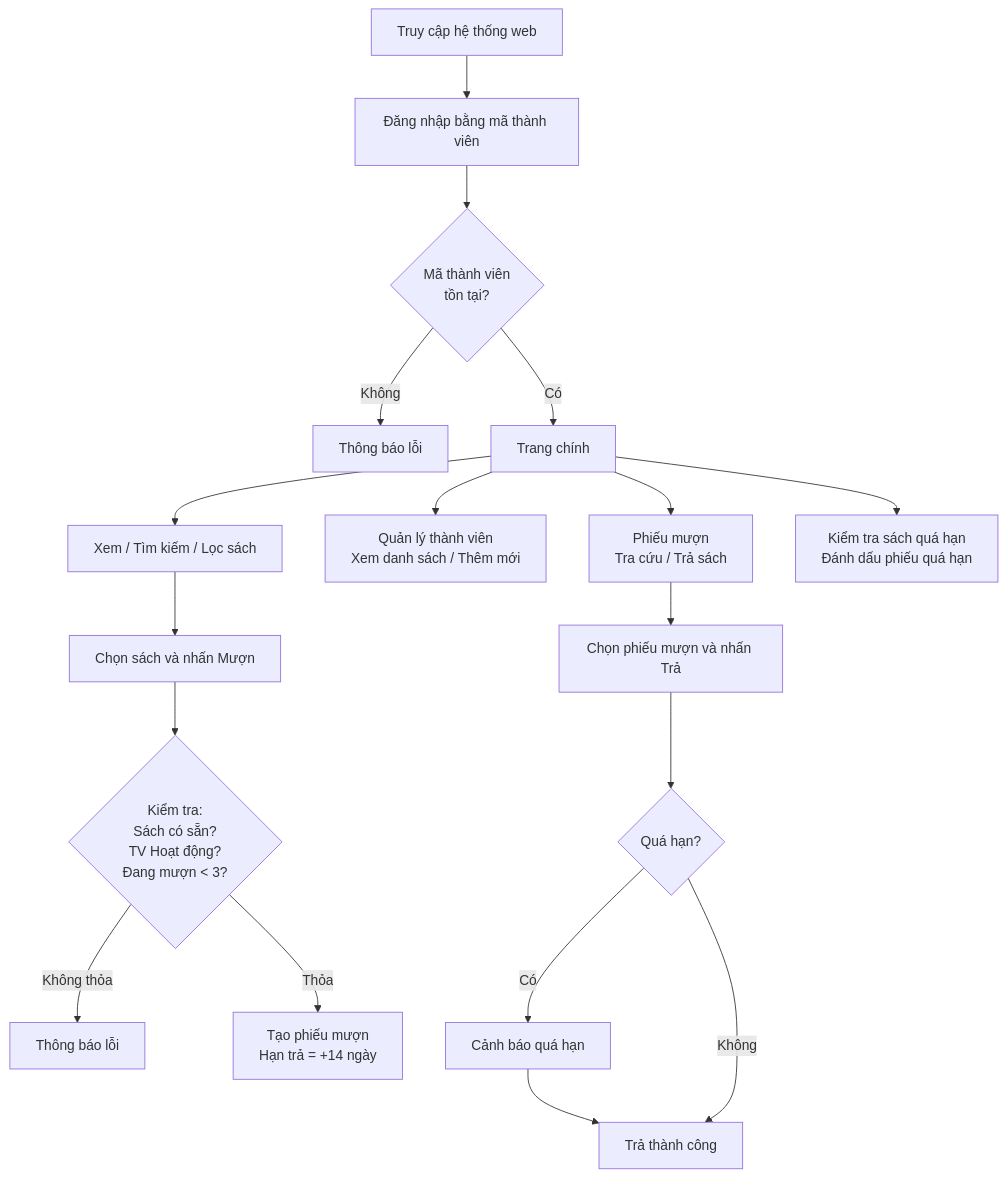
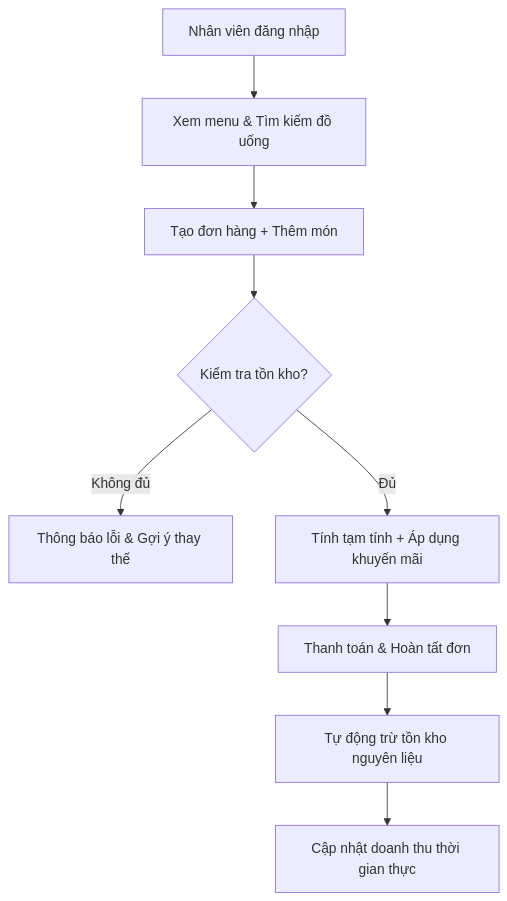
The third of 3 diagrams in docs/BRD-yeu-cau-nghiep-vu.md (NamHoang2003/stqa-library-manual-Hnam), drawn with Mermaid before and after one commit. The commit also changed other lines of this file, not shown here.

````diff
--- a/docs/BRD-yeu-cau-nghiep-vu.md
+++ b/docs/BRD-yeu-cau-nghiep-vu.md
@@ -103,23 +103,11 @@
 ```mermaid
 flowchart TD
-    A["Truy cập hệ thống web"] --> B["Đăng nhập bằng mã thành viên"]
-    B --> C{"Mã thành viên\ntồn tại?"}
-    C -->|Không| D["Thông báo lỗi"]
-    C -->|Có| E["Trang chính"]
-
-    E --> F["Xem / Tìm kiếm / Lọc sách"]
-    E --> P["Quản lý thành viên\nXem danh sách / Thêm mới"]
-    E --> Q["Phiếu mượn\nTra cứu / Trả sách"]
-    E --> R["Kiểm tra sách quá hạn\nĐánh dấu phiếu quá hạn"]
-
-    F --> G["Chọn sách và nhấn Mượn"]
-    G --> H{"Kiểm tra:\nSách có sẵn?\nTV Hoạt động?\nĐang mượn < 3?"}
-    H -->|Không thỏa| I["Thông báo lỗi"]
-    H -->|Thỏa| J["Tạo phiếu mượn\nHạn trả = +14 ngày"]
-
-    Q --> K["Chọn phiếu mượn và nhấn Trả"]
-    K --> L{"Quá hạn?"}
-    L -->|Có| M["Cảnh báo quá hạn"]
-    M --> N["Trả thành công"]
-    L -->|Không| N
+    A["Nhân viên đăng nhập"] --> B["Xem menu & Tìm kiếm đồ uống"]
+    B --> C["Tạo đơn hàng + Thêm món"]
+    C --> D{"Kiểm tra tồn kho?"}
+    D -->|Không đủ| E["Thông báo lỗi & Gợi ý thay thế"]
+    D -->|Đủ| F["Tính tạm tính + Áp dụng khuyến mãi"]
+    F --> G["Thanh toán & Hoàn tất đơn"]
+    G --> H["Tự động trừ tồn kho nguyên liệu"]
+    H --> I["Cập nhật doanh thu thời gian thực"]
 ```
````
